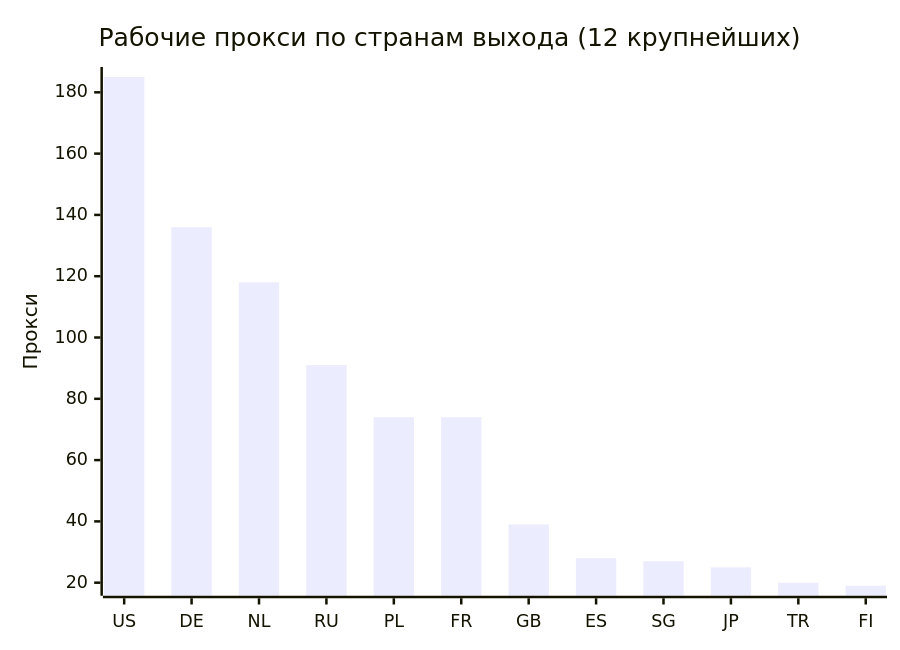
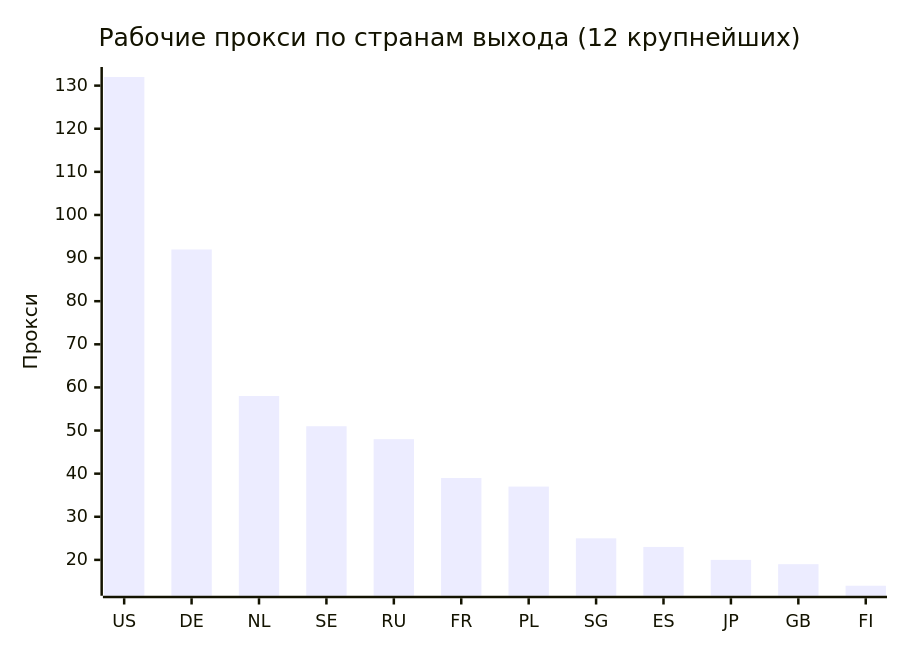
Before and after one commit to rvvg/proxy-subs: the second of 4 diagrams in README.md, drawn with Mermaid. The commit also changed other lines of this file and 51 other files, not shown here.

````diff
--- a/README.md
+++ b/README.md
@@ -133,7 +126,7 @@
 ```mermaid
 xychart-beta
     title "Рабочие прокси по странам выхода (12 крупнейших)"
-    x-axis ["US", "DE", "NL", "RU", "PL", "FR", "GB", "ES", "SG", "JP", "TR", "FI"]
+    x-axis ["US", "DE", "NL", "SE", "RU", "FR", "PL", "SG", "ES", "JP", "GB", "FI"]
     y-axis "Прокси"
-    bar [185, 136, 118, 91, 74, 74, 39, 28, 27, 25, 20, 19]
+    bar [132, 92, 58, 51, 48, 39, 37, 25, 23, 20, 19, 14]
 ```
````
